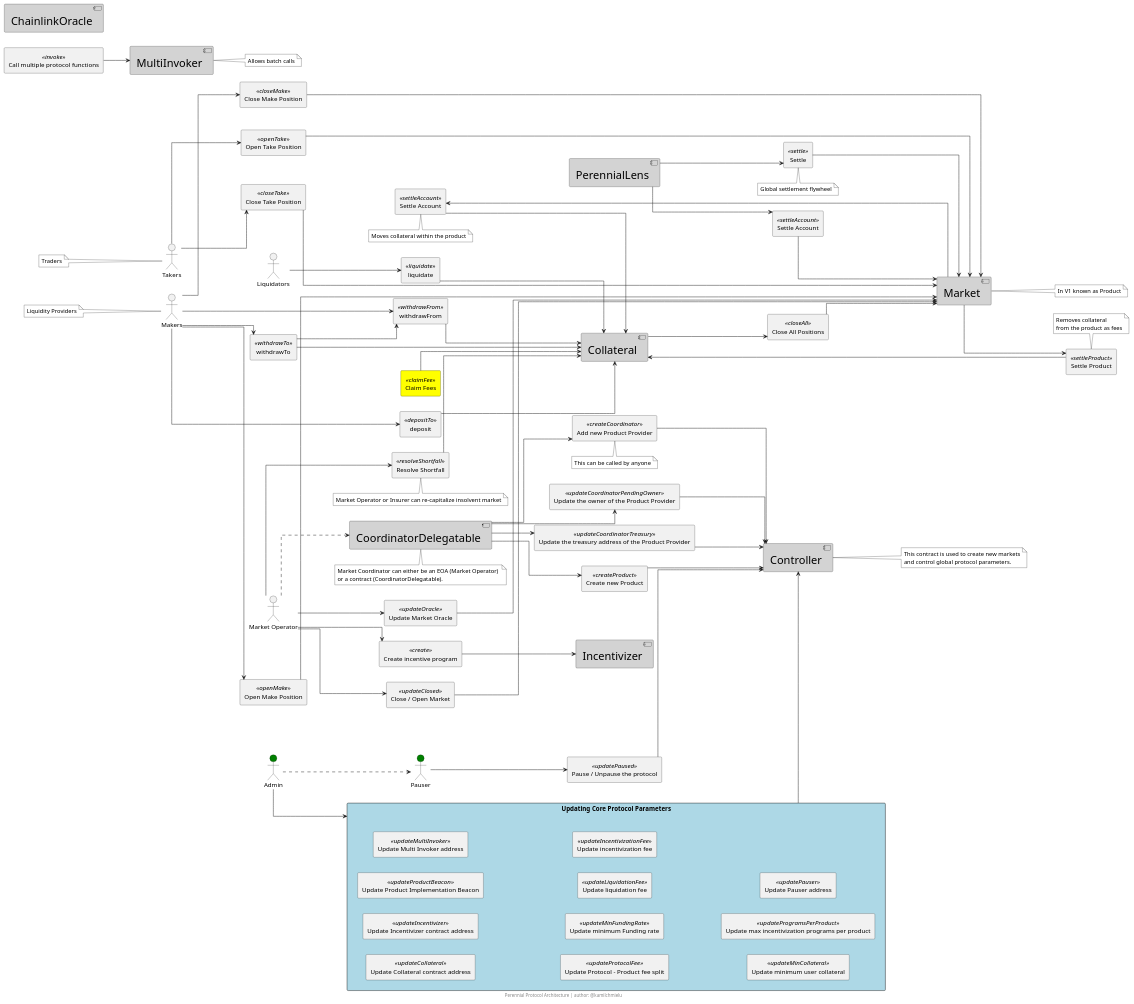
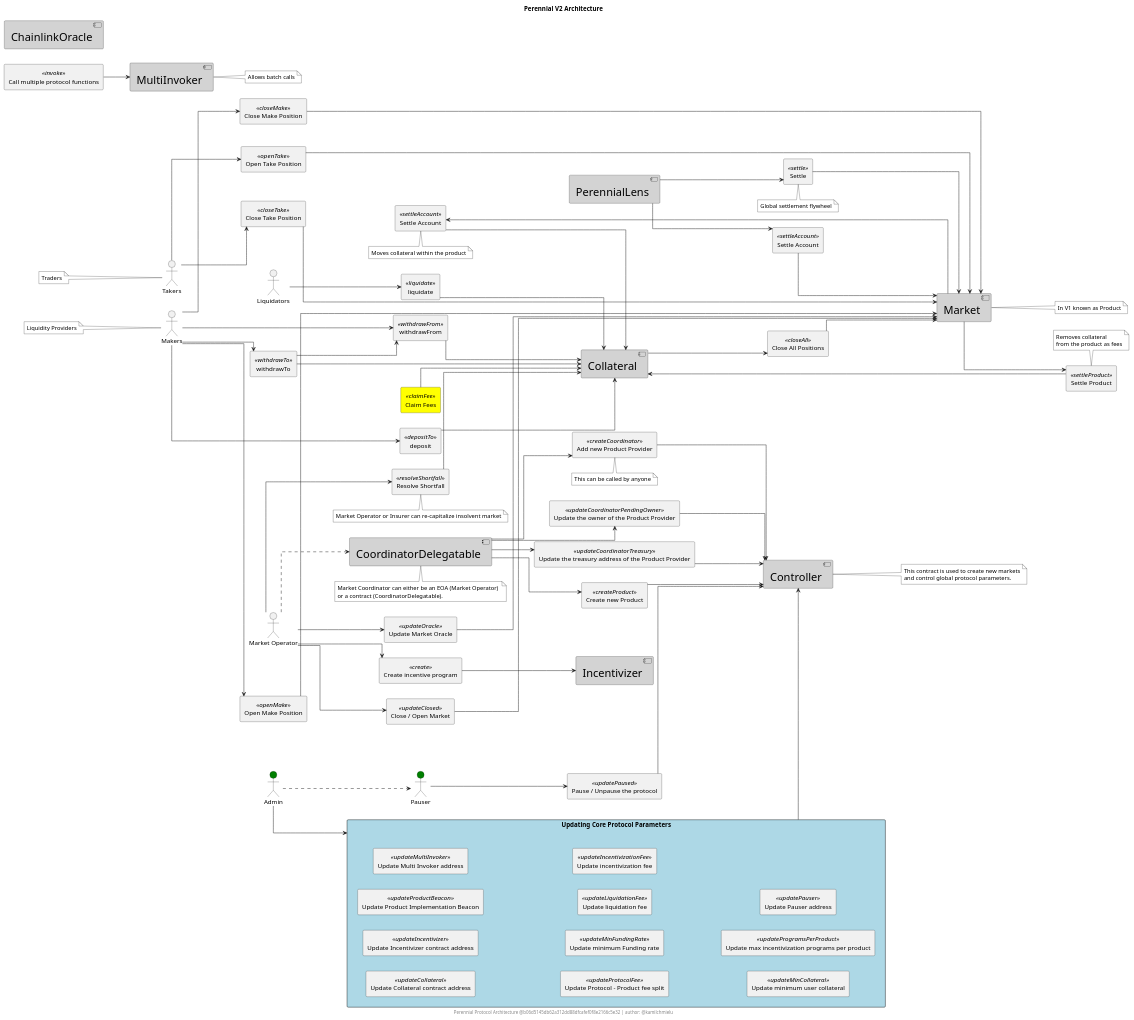
One commit to ChmielewskiKamil/perennial-notes changed the diagram in diagrams/PerennialArchitecture.puml. Above: the diagram before and after it, drawn with PlantUML.

Commit message:
🖼️ Remove node and ranksep, add title

```diff
--- a/diagrams/PerennialArchitecture.puml
+++ b/diagrams/PerennialArchitecture.puml
@@ -1,10 +1,9 @@
 @startuml PerennialArchitecture
+title Perennial V2 Architecture
 
 left to right direction
 
 skinparam linetype ortho 
-' skinparam nodesep 60
-' skinparam ranksep 30
 
 skinparam note {
     BorderColor black
@@ -205,5 +204,5 @@
     or a contract (CoordinatorDelegatable).
 end note
 
-footer Perennial Protocol Architecture | author: @kamilchmielu
+footer Perennial Protocol Architecture @b06d5145db62a312dd88dfcafef0f8e2166c5e32 | author: @kamilchmielu
 @enduml
```
